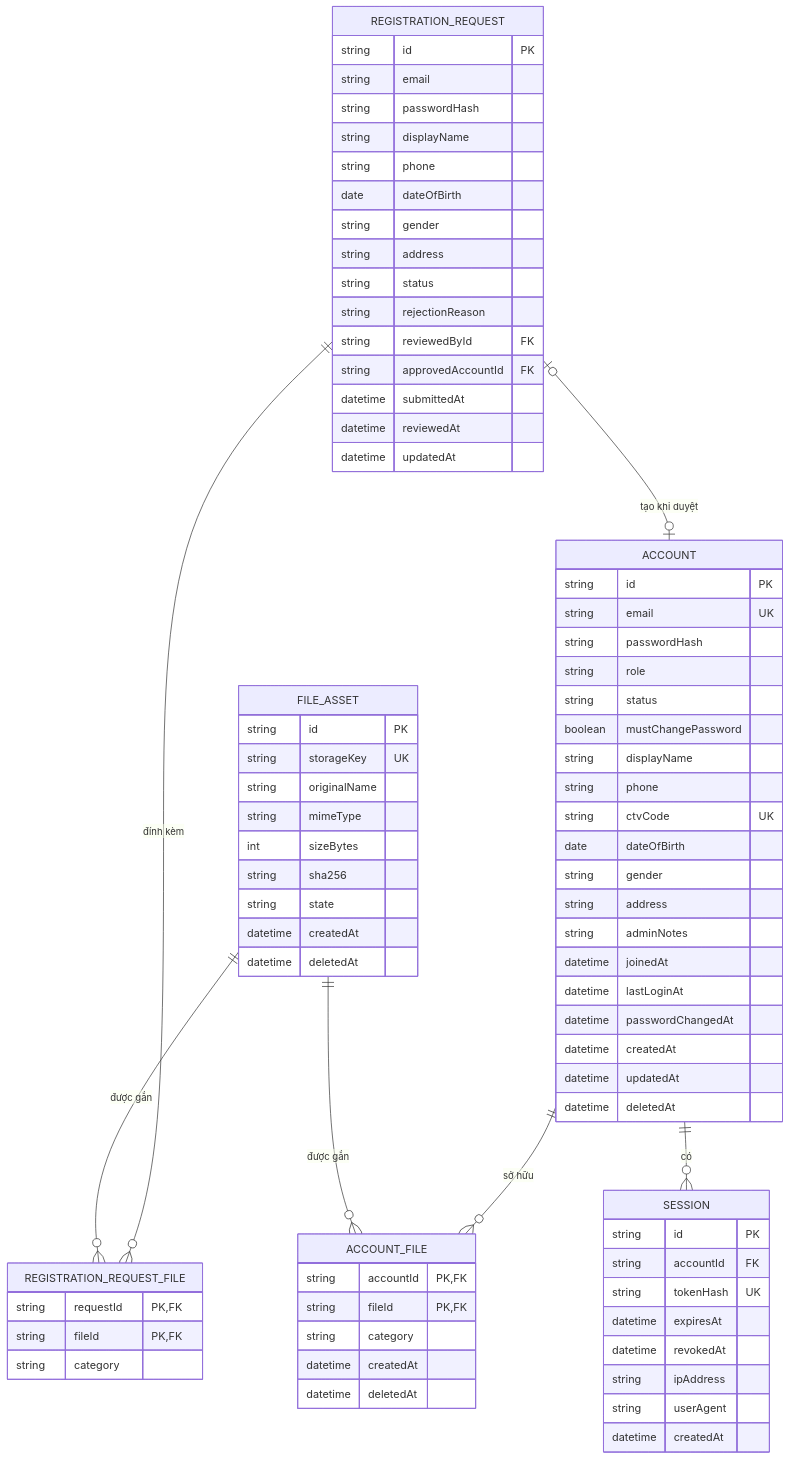
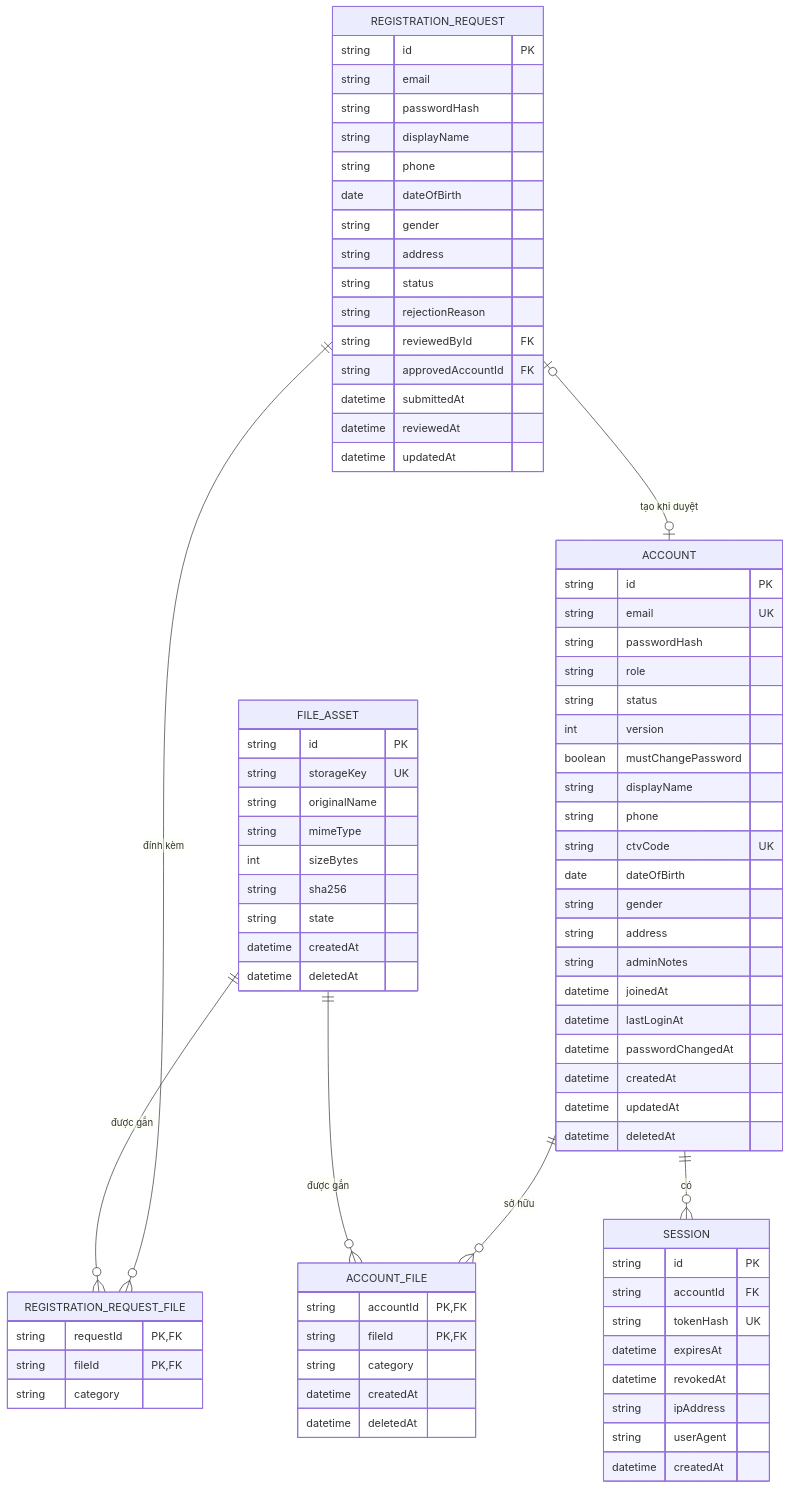
One commit to MINHDZVODICH/ctv-manage changed the first of 2 diagrams in docs/DATABASE.md. Above: the diagram before and after it, drawn with Mermaid. The commit also changed other lines of this file and 227 other files, not shown here.

```diff
--- a/docs/DATABASE.md
+++ b/docs/DATABASE.md
@@ -17,6 +17,7 @@
         string passwordHash
         string role
         string status
+        int version
         boolean mustChangePassword
         string displayName
         string phone
```
